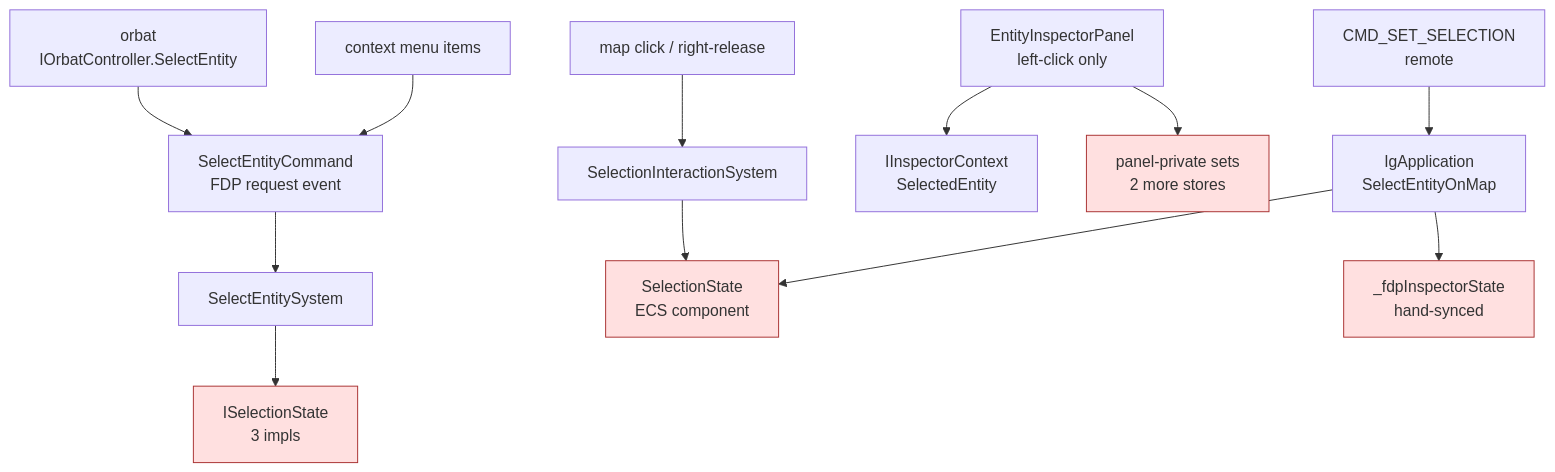
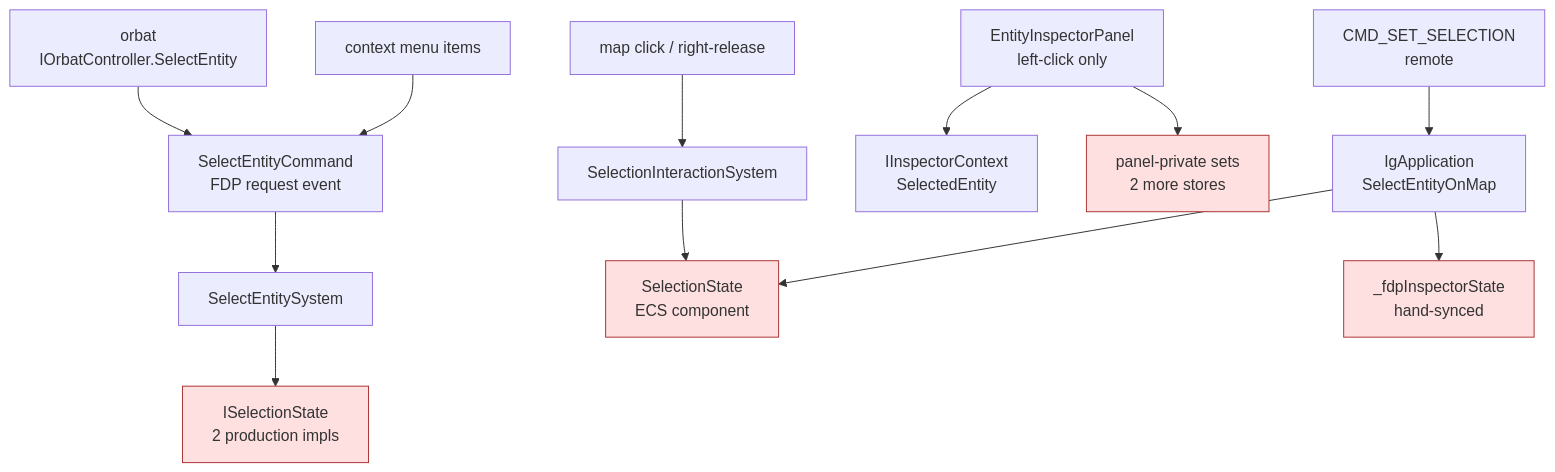
Before and after one commit to pjanec/HROT: the fourth of 5 diagrams in docs/SNAPSHOT_Map_Interaction_Architecture.md, drawn with Mermaid. The commit also changed other lines of this file and 4 other files, not shown here.

````diff
--- a/docs/SNAPSHOT_Map_Interaction_Architecture.md
+++ b/docs/SNAPSHOT_Map_Interaction_Architecture.md
@@ -177,18 +177,18 @@
 ```mermaid
 graph TD
     MAPCLICK["map click / right-release"] --> SIS["SelectionInteractionSystem"]
     PANEL["EntityInspectorPanel<br/>left-click only"] --> CTXSEL["IInspectorContext<br/>SelectedEntity"]
     ORBAT["orbat<br/>IOrbatController.SelectEntity"] --> REQ["SelectEntityCommand<br/>FDP request event"]
     MENU["context menu items"] --> REQ
     REQ --> SES["SelectEntitySystem"]
     DDS["CMD_SET_SELECTION<br/>remote"] --> IGH["IgApplication<br/>SelectEntityOnMap"]
 
     SIS --> ECS["SelectionState<br/>ECS component"]
-    SES --> ISS["ISelectionState<br/>3 impls"]
+    SES --> ISS["ISelectionState<br/>2 production impls"]
     IGH --> ECS
     IGH --> FDPINSP["_fdpInspectorState<br/>hand-synced"]
     PANEL --> PRIV["panel-private sets<br/>2 more stores"]
 
     classDef bad fill:#ffe0e0,stroke:#a33
     class ECS,ISS,PRIV,FDPINSP bad
 ```
````
